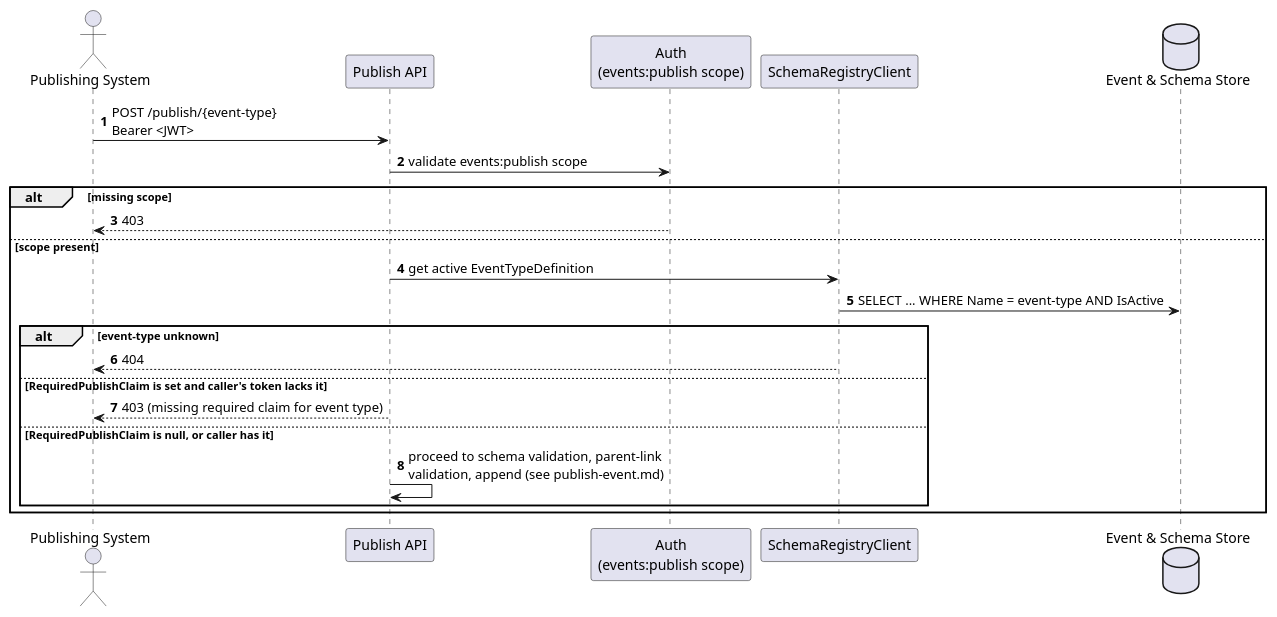
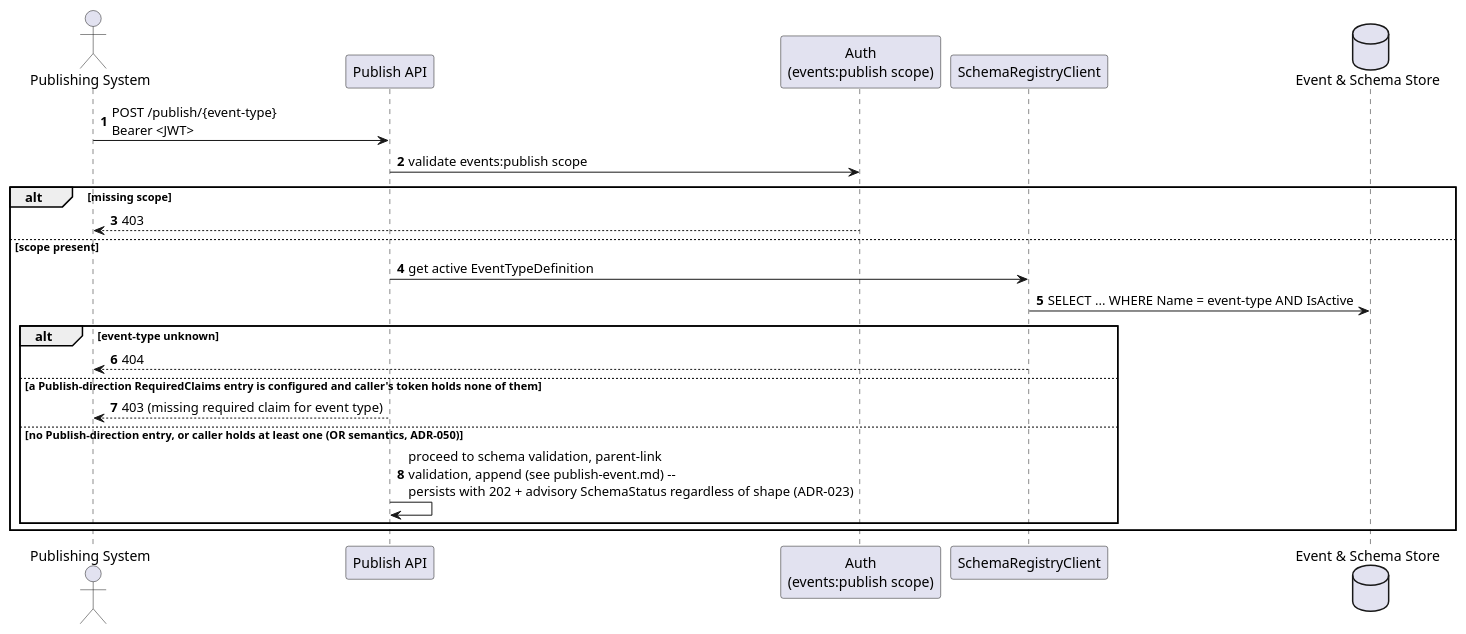
Before and after one commit to Mwwhited-BookLearning/EventSourcing: the first of 4 diagrams in docs/features/event-security.md, drawn with PlantUML. The commit also changed other lines of this file and 37 other files, not shown here.

````diff
--- a/docs/features/event-security.md
+++ b/docs/features/event-security.md
@@ -21,26 +24,26 @@
 ```plantuml
 @startuml EventSecurity_Publish_Sequence
 autonumber
 actor "Publishing System" as publisher
 participant "Publish API" as endpoint
 participant "Auth\n(events:publish scope)" as scopeAuth
 participant "SchemaRegistryClient" as registryClient
 database "Event & Schema Store" as db
 
 publisher -> endpoint: POST /publish/{event-type}\nBearer <JWT>
 endpoint -> scopeAuth: validate events:publish scope
 alt missing scope
   scopeAuth --> publisher: 403
 else scope present
   endpoint -> registryClient: get active EventTypeDefinition
   registryClient -> db: SELECT ... WHERE Name = event-type AND IsActive
   alt event-type unknown
     registryClient --> publisher: 404
-  else RequiredPublishClaim is set and caller's token lacks it
+  else a Publish-direction RequiredClaims entry is configured and caller's token holds none of them
     endpoint --> publisher: 403 (missing required claim for event type)
-  else RequiredPublishClaim is null, or caller has it
-    endpoint -> endpoint: proceed to schema validation, parent-link\nvalidation, append (see publish-event.md)
+  else no Publish-direction entry, or caller holds at least one (OR semantics, ADR-050)
+    endpoint -> endpoint: proceed to schema validation, parent-link\nvalidation, append (see publish-event.md) --\npersists with 202 + advisory SchemaStatus regardless of shape (ADR-023)
   end
 end
 @enduml
 ```
````
